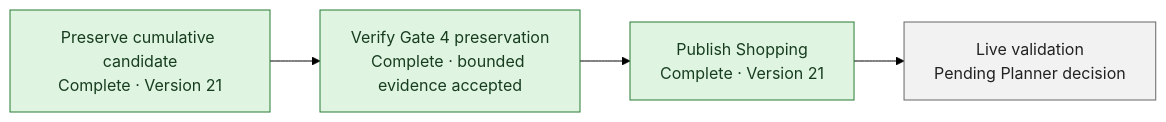
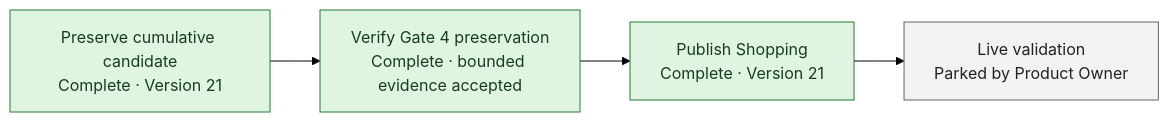
One commit to nguyenk06/book-collection-design changed the diagram in docs/PROJECT_DASHBOARD.md. Above: the diagram before and after it, drawn with Mermaid (forest theme). The commit also changed other lines of this file and 24 other files, not shown here.

````diff
--- a/docs/PROJECT_DASHBOARD.md
+++ b/docs/PROJECT_DASHBOARD.md
@@ -30,17 +30,17 @@
 ```mermaid
 flowchart LR
     A["Preserve cumulative candidate<br/>Complete · Version 21"]
     B["Verify Gate 4 preservation<br/>Complete · bounded evidence accepted"]
     C["Publish Shopping<br/>Complete · Version 21"]
-    D["Live validation<br/>Pending Planner decision"]
+    D["Live validation<br/>Parked by Product Owner"]
 
     A --> B --> C --> D
 
     classDef complete fill:#dff5e1,stroke:#297a35,color:#173d1e
     classDef partial fill:#ffe8cc,stroke:#b35a00,color:#3a2100
     classDef closed fill:#f2f2f2,stroke:#666,color:#222
     class A complete
     class B complete
     class C complete
     class D closed
 ```
````
